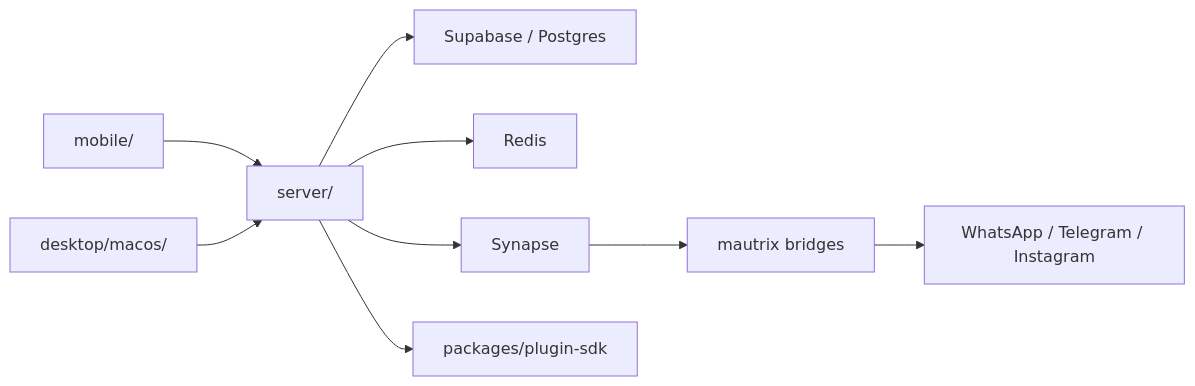
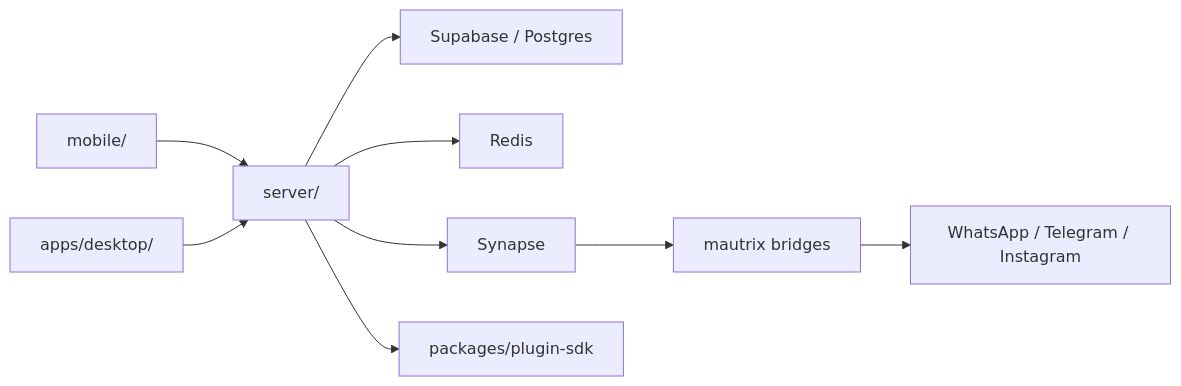
Before and after one commit to l2succes/claire: the diagram in docs/architecture/overview.md, drawn with Mermaid. The commit also changed 205 other files, not shown here.

Commit message:
chore(desktop): remove legacy macos client

````diff
--- a/docs/architecture/overview.md
+++ b/docs/architecture/overview.md
@@ -13,11 +13,11 @@
 ```mermaid
 flowchart LR
   Mobile["mobile/"] --> Server["server/"]
-  Desktop["desktop/macos/"] --> Server
+  Desktop["apps/desktop/"] --> Server
   Server --> Supabase["Supabase / Postgres"]
   Server --> Redis["Redis"]
   Server --> Synapse["Synapse"]
   Synapse --> Bridges["mautrix bridges"]
   Bridges --> Networks["WhatsApp / Telegram / Instagram"]
   Server --> Plugins["packages/plugin-sdk"]
 ```
````
